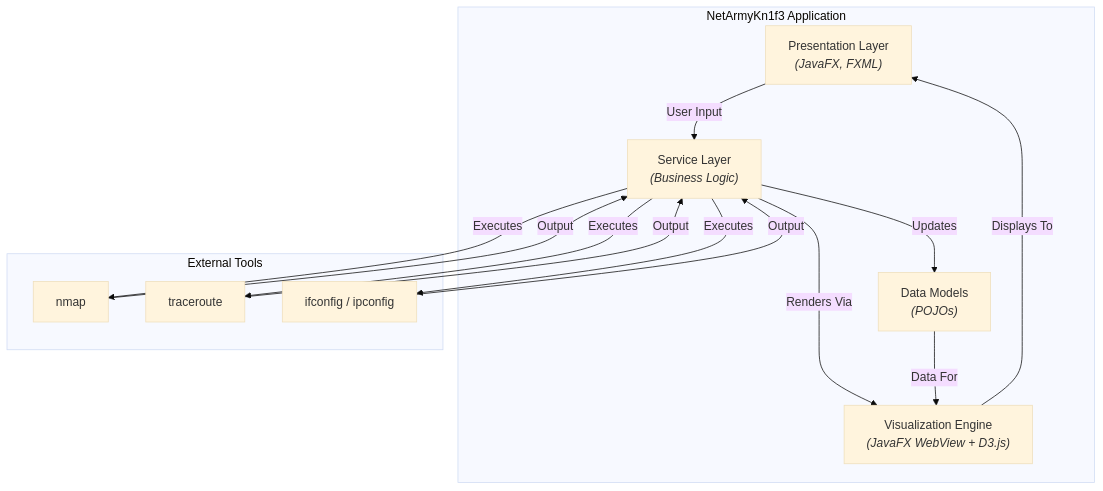
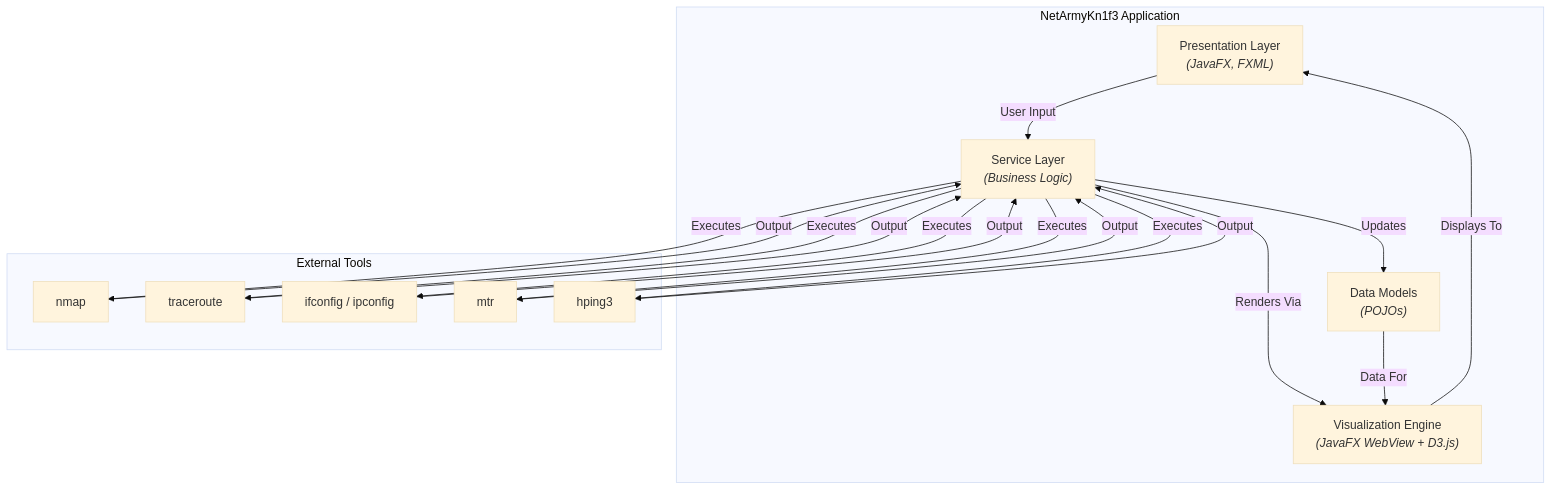
The diagram in docs/DESIGN.md (annabook21/NetArmyKn1f3), drawn with Mermaid (base theme) before and after one commit. The commit also changed other lines of this file and 31 other files, not shown here.

````diff
--- a/docs/DESIGN.md
+++ b/docs/DESIGN.md
@@ -35,28 +35,34 @@
 ```mermaid
 graph TD
     subgraph "NetArmyKn1f3 Application"
         A["Presentation Layer <br><i>(JavaFX, FXML)</i>"]
         B["Service Layer <br><i>(Business Logic)</i>"]
         C["Data Models <br><i>(POJOs)</i>"]
         D["Visualization Engine <br><i>(JavaFX WebView + D3.js)</i>"]
     end
 
     subgraph "External Tools"
         E[nmap]
         F[traceroute]
         G["ifconfig / ipconfig"]
+        H[mtr]
+        I[hping3]
     end
 
     A -->|User Input| B
     B -->|Executes| E
     B -->|Executes| F
     B -->|Executes| G
+    B -->|Executes| H
+    B -->|Executes| I
     E -->|Output| B
     F -->|Output| B
     G -->|Output| B
+    H -->|Output| B
+    I -->|Output| B
     B -->|Updates| C
     B -->|Renders Via| D
     C -->|Data For| D
     D -->|Displays To| A
 
 ```
````
